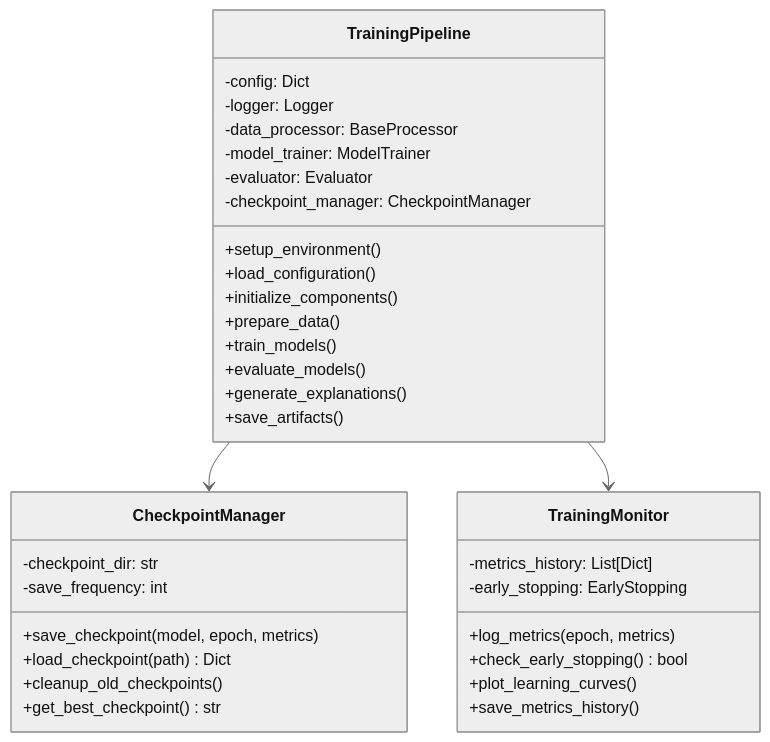
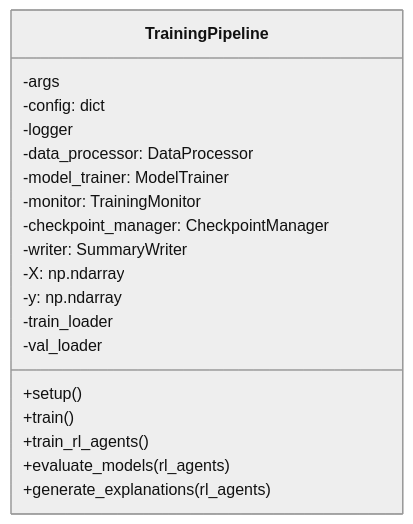
The second of 9 diagrams in docs/training.md (cluster2600/ELVIS), drawn with Mermaid (neutral theme) before and after one commit. The commit also changed other lines of this file and 60 other files, not shown here.

````diff
--- a/docs/training.md
+++ b/docs/training.md
@@ -104,40 +85,22 @@
 ```mermaid
 classDiagram
     class TrainingPipeline {
-        -config: Dict
-        -logger: Logger
-        -data_processor: BaseProcessor
+        -args
+        -config: dict
+        -logger
+        -data_processor: DataProcessor
         -model_trainer: ModelTrainer
-        -evaluator: Evaluator
+        -monitor: TrainingMonitor
         -checkpoint_manager: CheckpointManager
-        +setup_environment()
-        +load_configuration()
-        +initialize_components()
-        +prepare_data()
-        +train_models()
-        +evaluate_models()
-        +generate_explanations()
-        +save_artifacts()
+        -writer: SummaryWriter
+        -X: np.ndarray
+        -y: np.ndarray
+        -train_loader
+        -val_loader
+        +setup()
+        +train()
+        +train_rl_agents()
+        +evaluate_models(rl_agents)
+        +generate_explanations(rl_agents)
     }
-    
-    class CheckpointManager {
-        -checkpoint_dir: str
-        -save_frequency: int
-        +save_checkpoint(model, epoch, metrics)
-        +load_checkpoint(path) Dict
-        +cleanup_old_checkpoints()
-        +get_best_checkpoint() str
-    }
-    
-    class TrainingMonitor {
-        -metrics_history: List[Dict]
-        -early_stopping: EarlyStopping
-        +log_metrics(epoch, metrics)
-        +check_early_stopping() bool
-        +plot_learning_curves()
-        +save_metrics_history()
-    }
-    
-    TrainingPipeline --> CheckpointManager
-    TrainingPipeline --> TrainingMonitor
 ```
````
